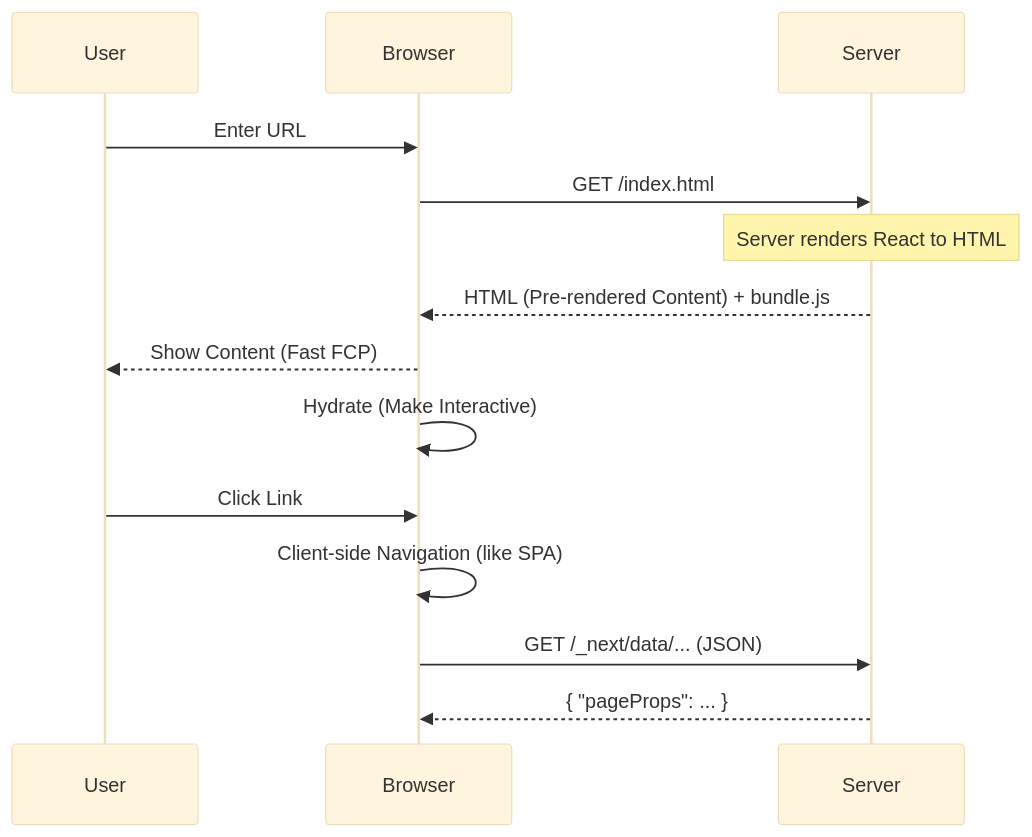
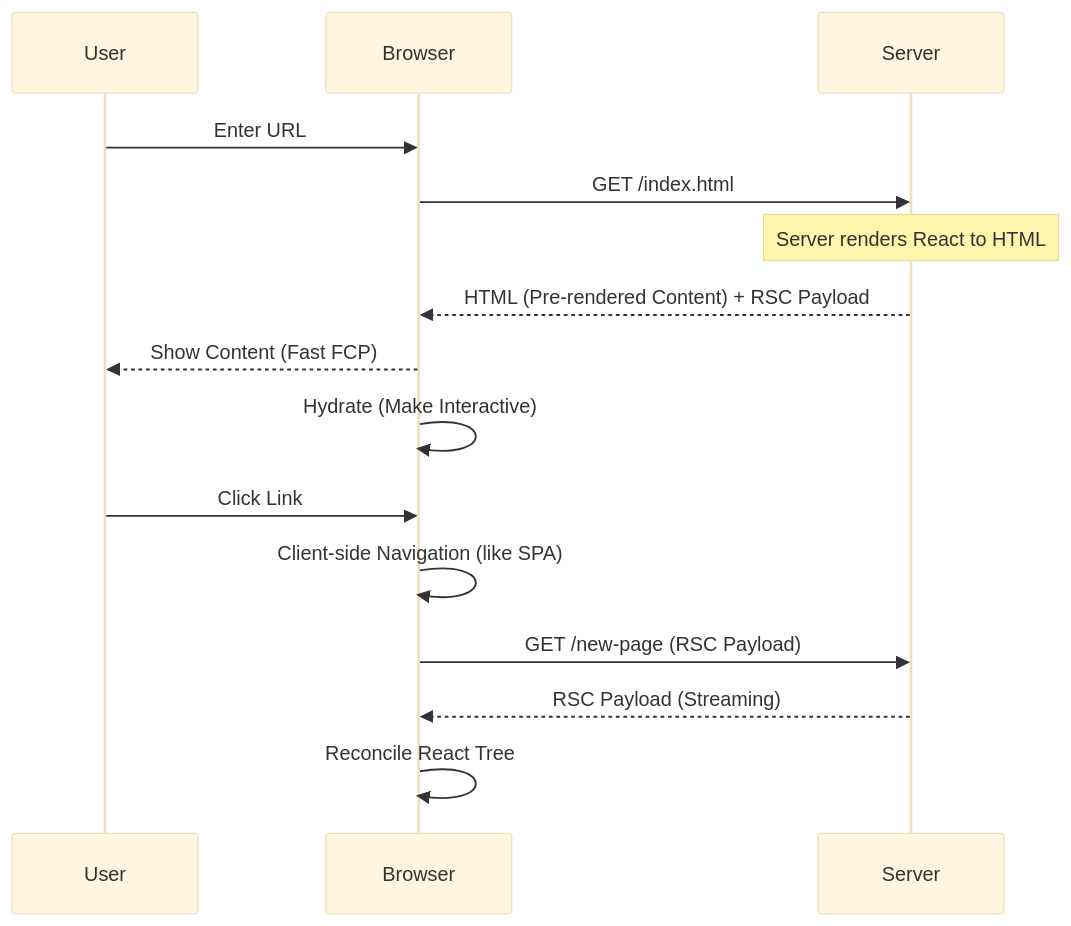
One commit to vikramsg/vikramsg.github.io changed the third of 3 diagrams in _posts/2026-02-15-an-introduction-to-react-next-from-a-backend-engineer.md. Above: the diagram before and after it, drawn with Mermaid (base theme). The commit also changed other lines of this file, not shown here.

Commit message:
Update some typos

```diff
--- a/_posts/2026-02-15-an-introduction-to-react-next-from-a-backend-engineer.md
+++ b/_posts/2026-02-15-an-introduction-to-react-next-from-a-backend-engineer.md
@@ -98,17 +98,18 @@
 <div class="mermaid">
 sequenceDiagram
     participant User
     participant Browser
     participant Server
 
     User->>Browser: Enter URL
     Browser->>Server: GET /index.html
     Note over Server: Server renders React to HTML
-    Server-->>Browser: HTML (Pre-rendered Content) + bundle.js
+    Server-->>Browser: HTML (Pre-rendered Content) + RSC Payload
     Browser-->>User: Show Content (Fast FCP)
     Browser->>Browser: Hydrate (Make Interactive)
     User->>Browser: Click Link
     Browser->>Browser: Client-side Navigation (like SPA)
-    Browser->>Server: GET /_next/data/... (JSON)
-    Server-->>Browser: { "pageProps": ... }
+    Browser->>Server: GET /new-page (RSC Payload)
+    Server-->>Browser: RSC Payload (Streaming)
+    Browser->>Browser: Reconcile React Tree
 </div>
```
